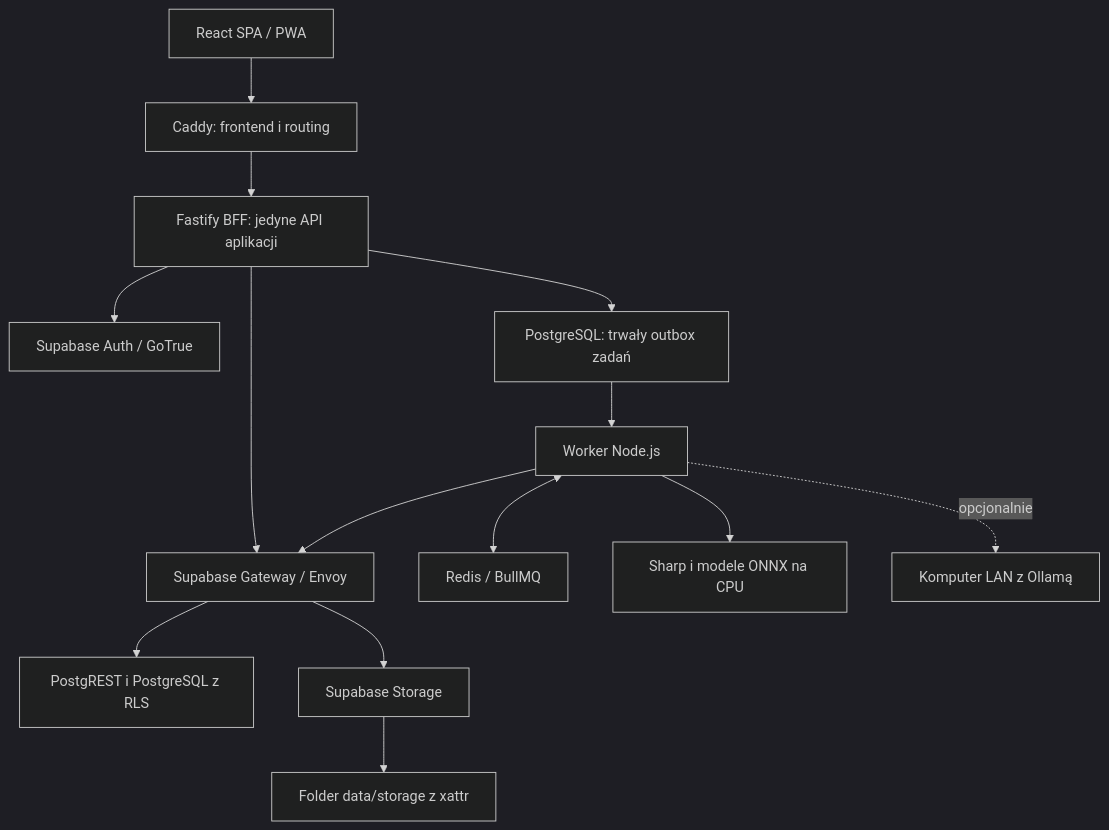
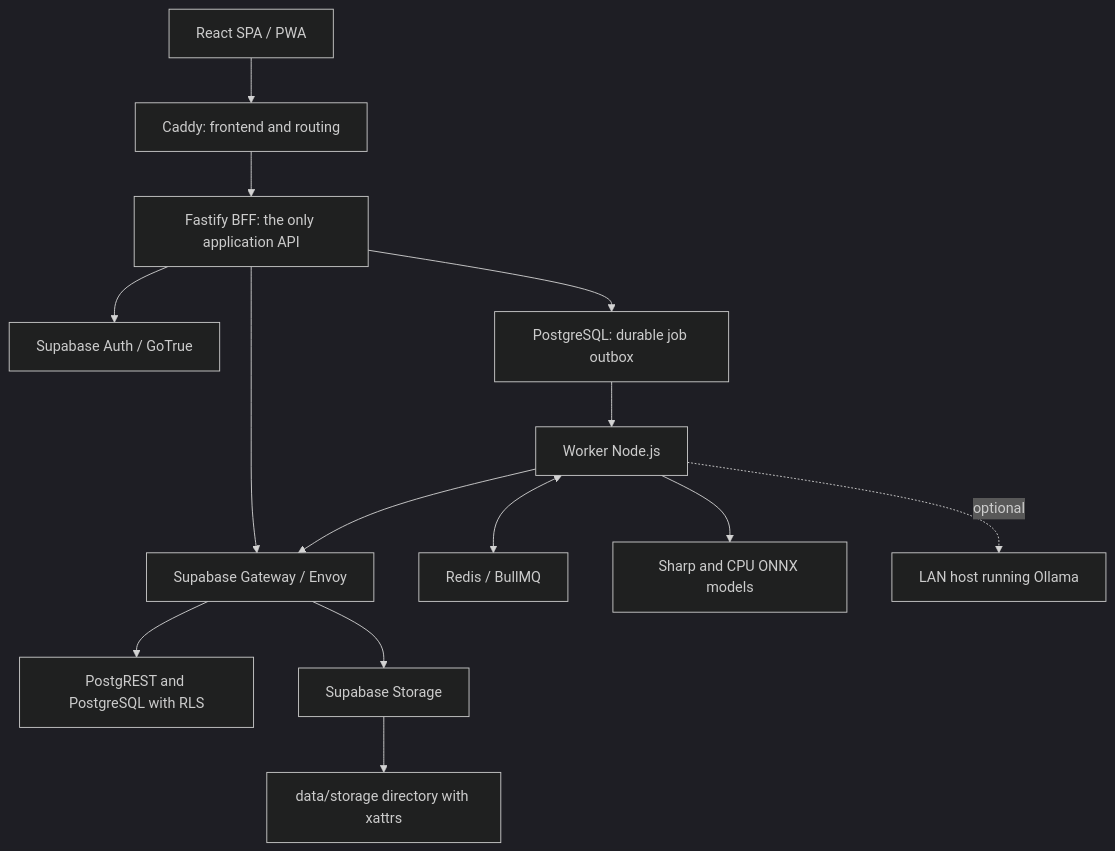
The second of 2 diagrams in README.md (adrianwojdat/adw-smart-wardrobe), drawn with Mermaid (dark theme) before and after one commit. The commit also changed other lines of this file and 28 other files, not shown here.

````diff
--- a/README.md
+++ b/README.md
@@ -190,16 +202,16 @@
 ```mermaid
 flowchart TB
-    Browser[React SPA / PWA] --> Proxy[Caddy: frontend i routing]
-    Proxy --> API[Fastify BFF: jedyne API aplikacji]
+    Browser[React SPA / PWA] --> Proxy[Caddy: frontend and routing]
+    Proxy --> API[Fastify BFF: the only application API]
     API --> Auth[Supabase Auth / GoTrue]
     API --> Gateway[Supabase Gateway / Envoy]
-    Gateway --> REST[PostgREST i PostgreSQL z RLS]
+    Gateway --> REST[PostgREST and PostgreSQL with RLS]
     Gateway --> Storage[Supabase Storage]
-    Storage --> Disk[Folder data/storage z xattr]
-    API --> Jobs[PostgreSQL: trwały outbox zadań]
+    Storage --> Disk[data/storage directory with xattrs]
+    API --> Jobs[PostgreSQL: durable job outbox]
     Jobs --> Worker[Worker Node.js]
     Worker <--> Redis[Redis / BullMQ]
     Worker --> Gateway
-    Worker --> CPU[Sharp i modele ONNX na CPU]
-    Worker -. opcjonalnie .-> Ollama[Komputer LAN z Ollamą]
+    Worker --> CPU[Sharp and CPU ONNX models]
+    Worker -. optional .-> Ollama[LAN host running Ollama]
 ```
````
